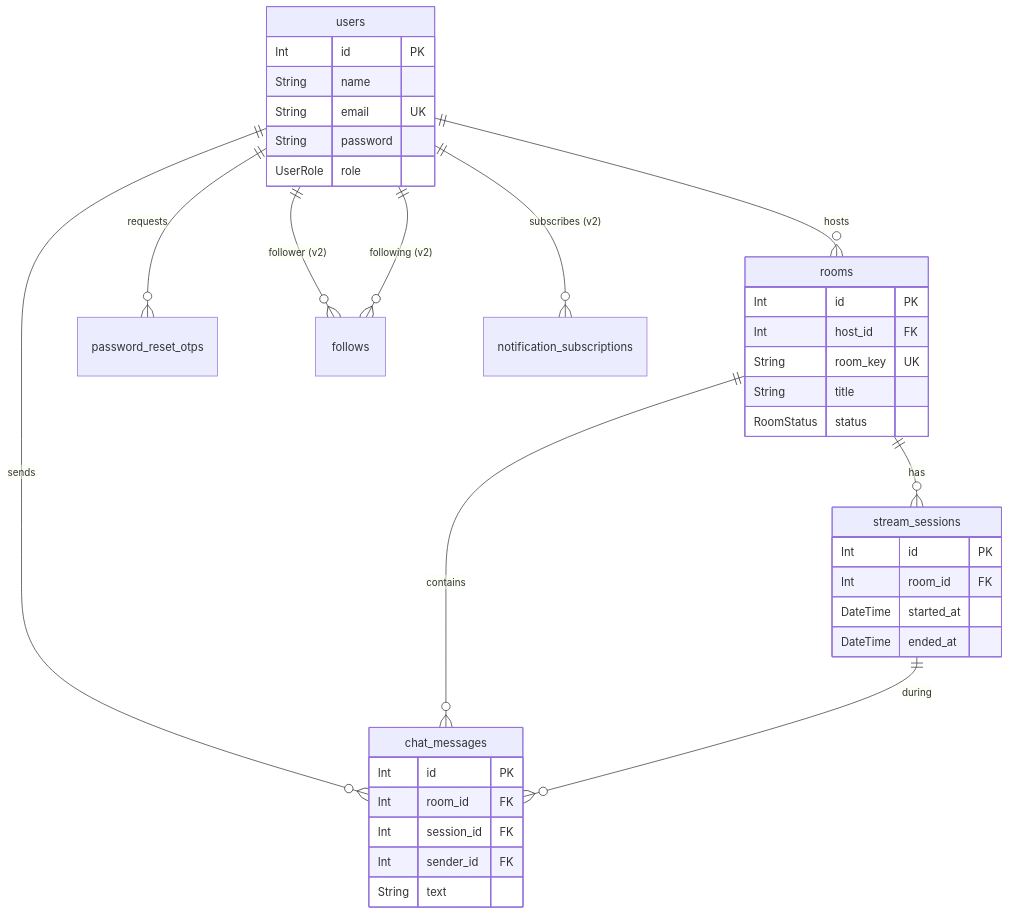
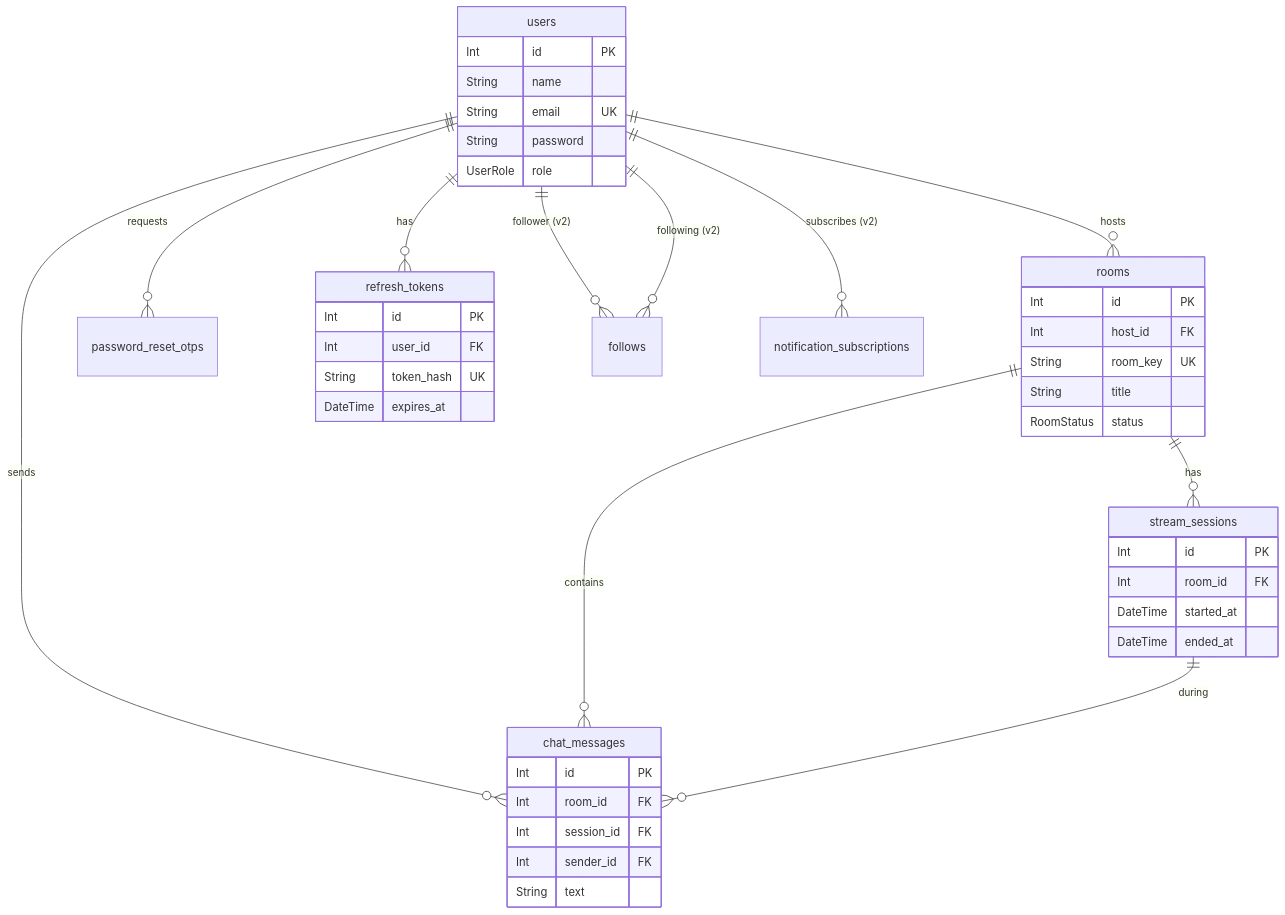
The diagram in docs/Database_schema_planning.md (Abubokkor98/streamforge), drawn with Mermaid before and after one commit. The commit also changed other lines of this file and 3 other files, not shown here.

First line of the commit message:
feat(auth): add refresh token support with token rotation and session management

````diff
--- a/docs/Database_schema_planning.md
+++ b/docs/Database_schema_planning.md
@@ -9,40 +9,47 @@
 ```mermaid
 erDiagram
     users ||--o{ rooms : "hosts"
     users ||--o{ password_reset_otps : "requests"
+    users ||--o{ refresh_tokens : "has"
     users ||--o{ chat_messages : "sends"
     rooms ||--o{ stream_sessions : "has"
     rooms ||--o{ chat_messages : "contains"
     stream_sessions ||--o{ chat_messages : "during"
     users ||--o{ follows : "follower (v2)"
     users ||--o{ follows : "following (v2)"
     users ||--o{ notification_subscriptions : "subscribes (v2)"
 
     users {
         Int id PK
         String name
         String email UK
         String password
         UserRole role
+    }
+    refresh_tokens {
+        Int id PK
+        Int user_id FK
+        String token_hash UK
+        DateTime expires_at
     }
     rooms {
         Int id PK
         Int host_id FK
         String room_key UK
         String title
         RoomStatus status
     }
     stream_sessions {
         Int id PK
         Int room_id FK
         DateTime started_at
         DateTime ended_at
     }
     chat_messages {
         Int id PK
         Int room_id FK
         Int session_id FK
         Int sender_id FK
         String text
     }
 ```
````
